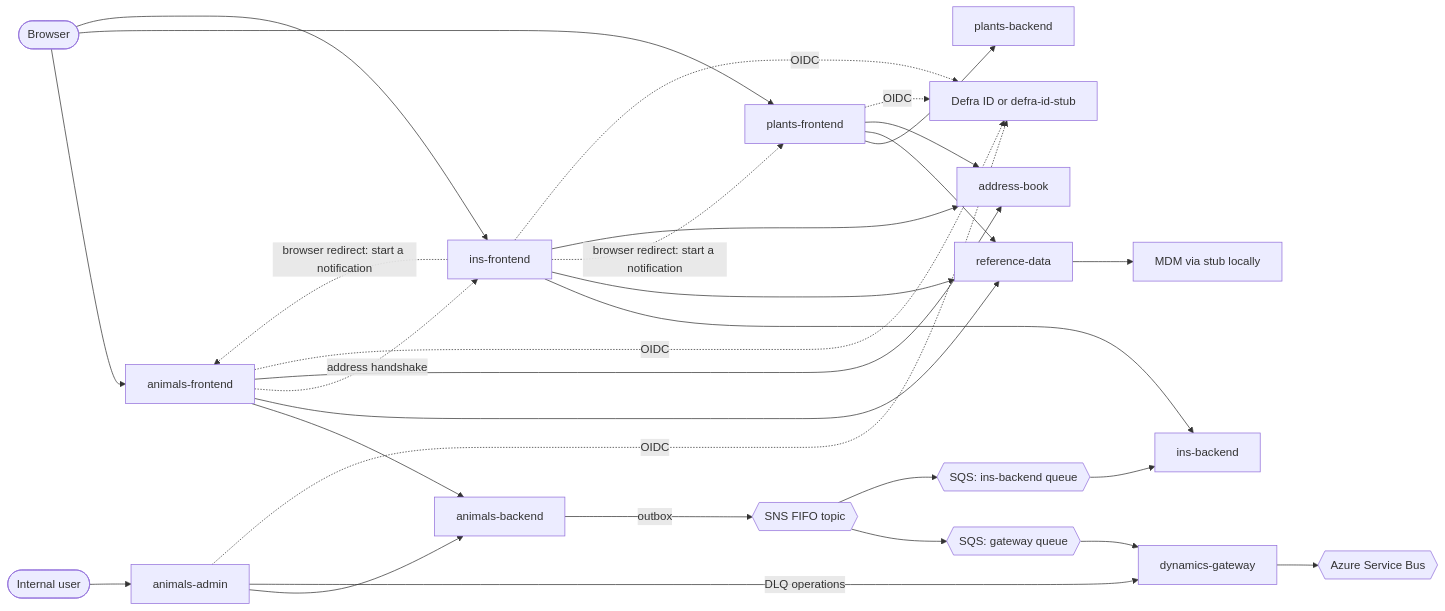
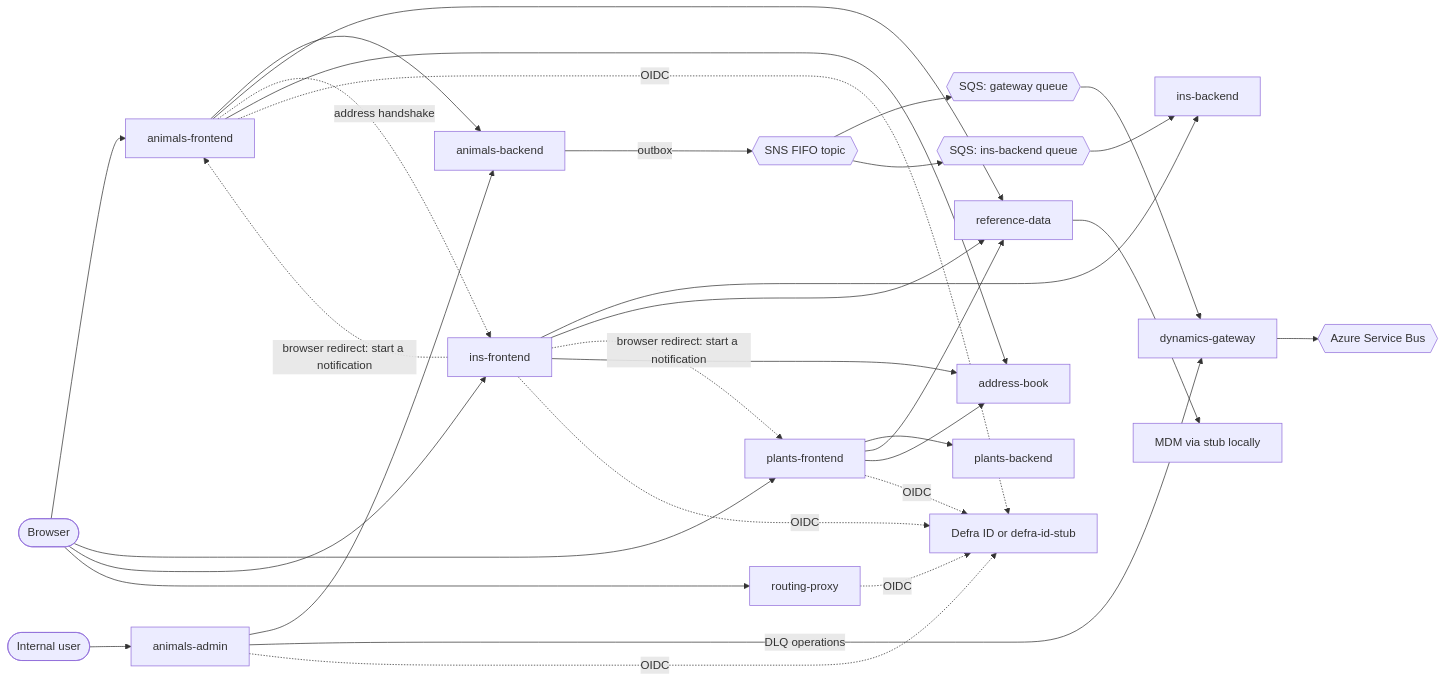
Before and after one commit to DEFRA/trade-imports-workspace: the diagram in docs/repos/architecture-overview.md, drawn with Mermaid. The commit also changed other lines of this file and 6 other files, not shown here.

First line of the commit message:
EUDPA-801: point the routing proxy at the Defra ID stub in the stack (#260)

````diff
--- a/docs/repos/architecture-overview.md
+++ b/docs/repos/architecture-overview.md
@@ -30,33 +30,34 @@
 ```mermaid
 flowchart LR
   user([Browser]) --> AF[animals-frontend]
   user --> PF[plants-frontend]
   user --> IF[ins-frontend]
+  user --> RP[routing-proxy]
   staff([Internal user]) --> AA[animals-admin]
 
   AF --> AB[animals-backend]
   AA --> AB
   PF --> PB[plants-backend]
   IF --> IB[ins-backend]
 
   AF --> RD[reference-data]
   PF --> RD
   IF --> RD
   AF -.->|address handshake| IF
   IF -.->|browser redirect: start a notification| AF
   IF -.->|browser redirect: start a notification| PF
   IF --> AD[address-book]
   PF --> AD
   AF --> AD
 
   AB -->|outbox| SNS{{SNS FIFO topic}}
   SNS --> SQS1{{SQS: gateway queue}}
   SNS --> SQS2{{SQS: ins-backend queue}}
   SQS1 --> GW[dynamics-gateway]
   SQS2 --> IB
   GW --> ASB{{Azure Service Bus}}
   AA -->|DLQ operations| GW
 
   RD --> MDM[MDM via stub locally]
-  AF & AA & IF & PF -.->|OIDC| DID[Defra ID or defra-id-stub]
+  AF & AA & IF & PF & RP -.->|OIDC| DID[Defra ID or defra-id-stub]
 ```
````
